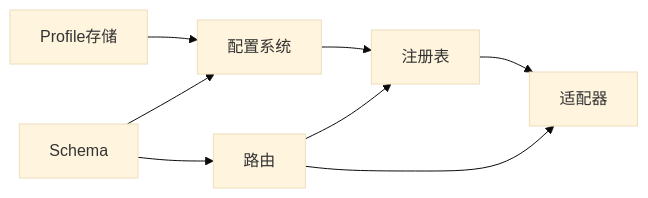
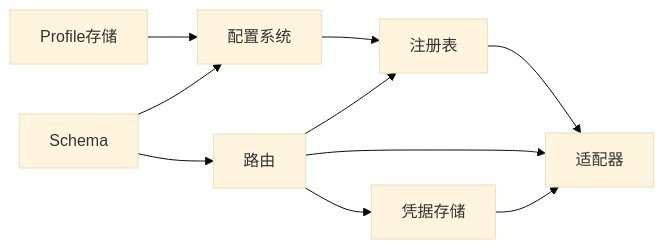
The ninth of 9 diagrams in .qoder/repowiki/zh/content/AI系统集成/Provider架构设计.md (scottcwy/PurpleInk), drawn with Mermaid (base theme) before and after one commit. The commit also changed other lines of this file and 109 other files, not shown here.

````diff
--- a/.qoder/repowiki/zh/content/AI系统集成/Provider架构设计.md
+++ b/.qoder/repowiki/zh/content/AI系统集成/Provider架构设计.md
@@ -343,10 +400,12 @@
 ```mermaid
 graph LR
 REG["注册表"] --> ADP["适配器"]
 CFG["配置系统"] --> REG
 RT["路由"] --> REG
 RT --> ADP
+RT --> CRED["凭据存储"]
+CRED --> ADP
 PRF["Profile存储"] --> CFG
 SCH["Schema"] --> CFG
 SCH --> RT
 ```
````
